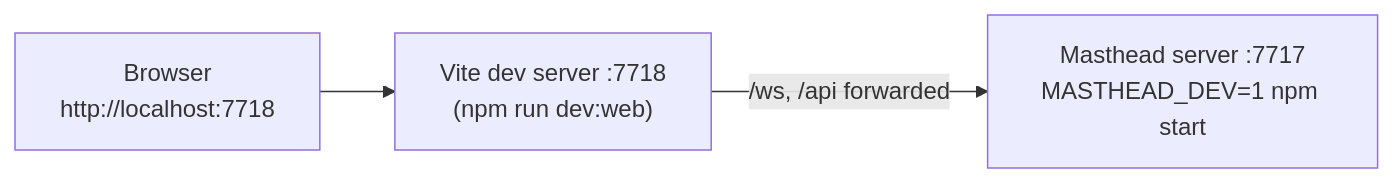
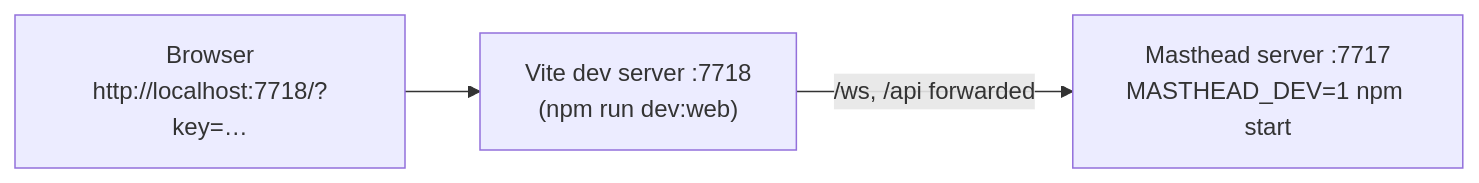
Before and after one commit to Luxorium/masthead: the diagram in docs/wiki/Building-Testing-Installing.md, drawn with Mermaid. The commit also changed other lines of this file and 34 other files, not shown here.

````diff
--- a/docs/wiki/Building-Testing-Installing.md
+++ b/docs/wiki/Building-Testing-Installing.md
@@ -49,5 +49,5 @@
 ```mermaid
 flowchart LR
-  B["Browser<br/>http://localhost:7718"] --> V["Vite dev server :7718<br/>(npm run dev:web)"]
+  B["Browser<br/>http://localhost:7718/?key=…"] --> V["Vite dev server :7718<br/>(npm run dev:web)"]
   V -- "/ws, /api forwarded" --> M["Masthead server :7717<br/>MASTHEAD_DEV=1 npm start"]
 ```
````
